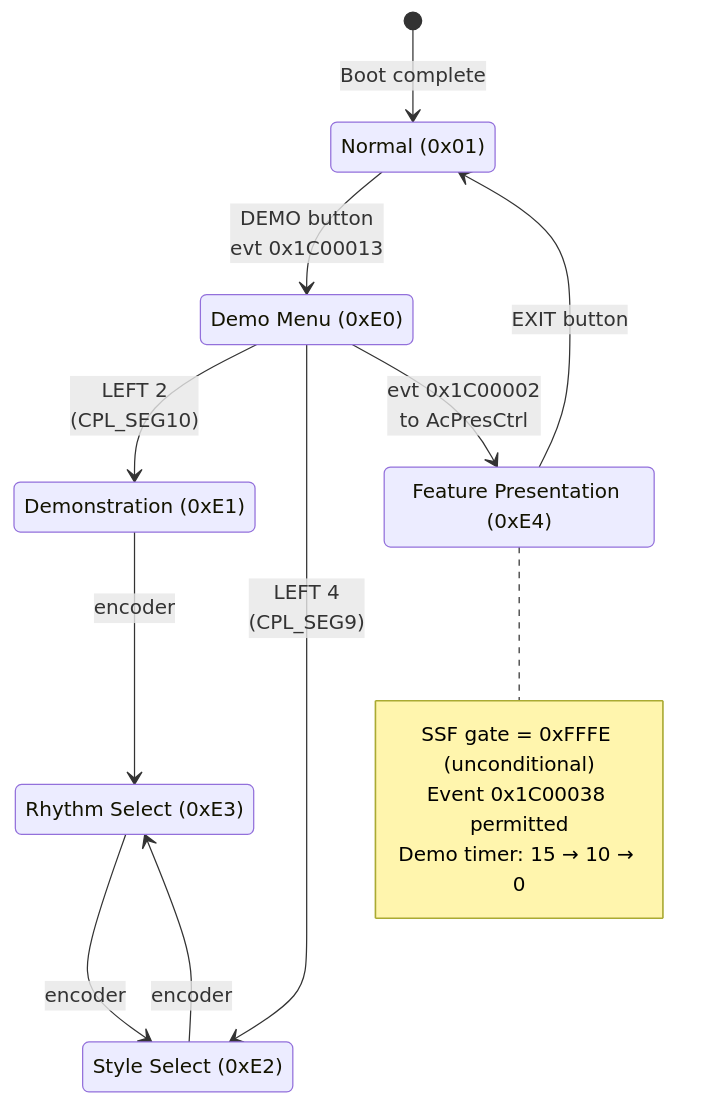
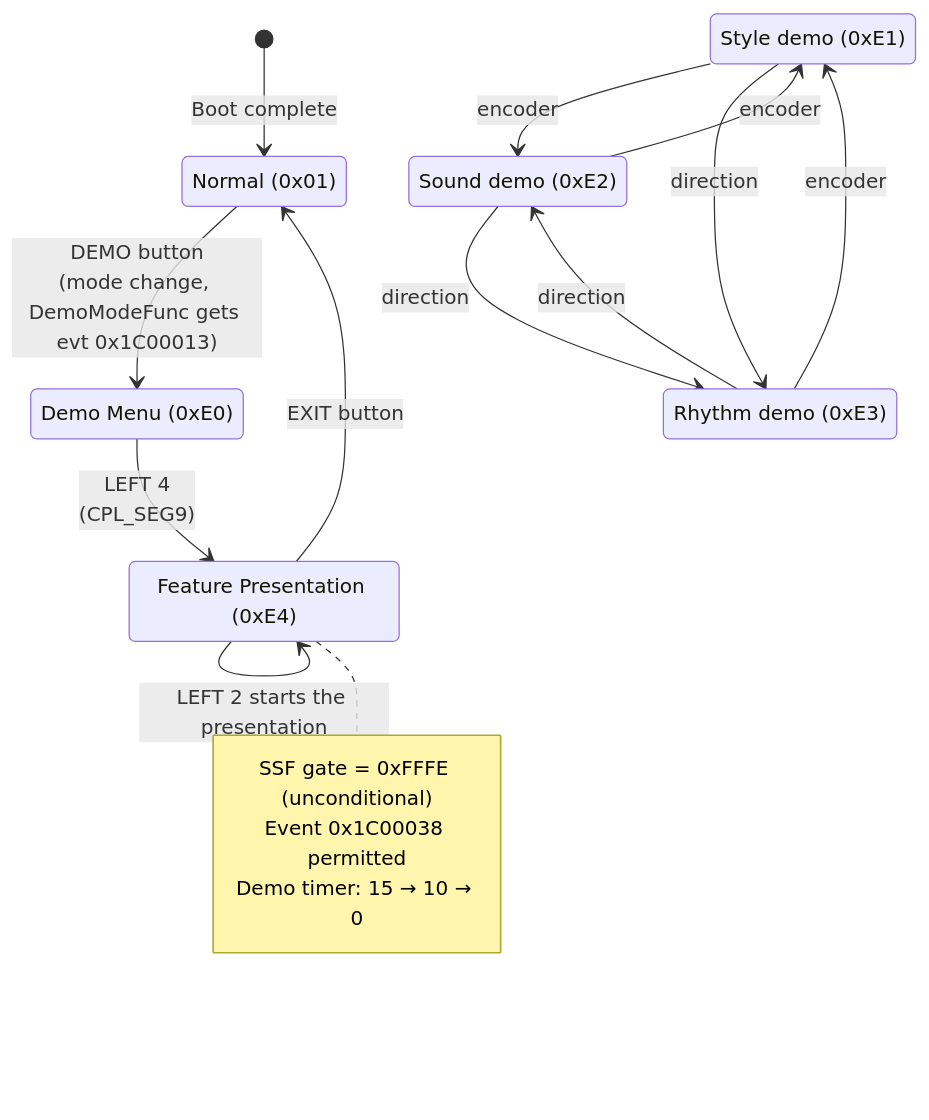
One commit to ArqueologiaDigital/technics-docs changed the second of 13 diagrams in ssf-presentation.md. Above: the diagram before and after it, drawn with Mermaid. The commit also changed other lines of this file, not shown here.

````diff
--- a/ssf-presentation.md
+++ b/ssf-presentation.md
@@ -189,25 +189,27 @@
 ```mermaid
 stateDiagram-v2
     [*] --> Normal: Boot complete
-    Normal --> DemoMenu: DEMO button<br/>evt 0x1C00013
-    DemoMenu --> Demonstration: LEFT 2<br/>(CPL_SEG10)
-    DemoMenu --> StyleSelect: LEFT 4<br/>(CPL_SEG9)
-    DemoMenu --> FeaturePresentation: evt 0x1C00002<br/>to AcPresCtrl
-    Demonstration --> RhythmSelect: encoder
-    StyleSelect --> RhythmSelect: encoder
-    RhythmSelect --> StyleSelect: encoder
+    Normal --> DemoMenu: DEMO button<br/>(mode change, DemoModeFunc gets evt 0x1C00013)
+    DemoMenu --> FeaturePresentation: LEFT 4<br/>(CPL_SEG9)
+    FeaturePresentation --> FeaturePresentation: LEFT 2 starts the presentation
+    DemoStyle --> DemoSound: encoder
+    DemoStyle --> DemoRhy: direction
+    DemoSound --> DemoStyle: encoder
+    DemoSound --> DemoRhy: direction
+    DemoRhy --> DemoStyle: encoder
+    DemoRhy --> DemoSound: direction
     FeaturePresentation --> Normal: EXIT button
 
     state "Normal (0x01)" as Normal
     state "Demo Menu (0xE0)" as DemoMenu
-    state "Demonstration (0xE1)" as Demonstration
-    state "Style Select (0xE2)" as StyleSelect
-    state "Rhythm Select (0xE3)" as RhythmSelect
+    state "Style demo (0xE1)" as DemoStyle
+    state "Sound demo (0xE2)" as DemoSound
+    state "Rhythm demo (0xE3)" as DemoRhy
     state "Feature Presentation (0xE4)" as FeaturePresentation
 
     note right of FeaturePresentation
         SSF gate = 0xFFFE (unconditional)
         Event 0x1C00038 permitted
         Demo timer: 15 → 10 → 0
     end note
 ```
````
